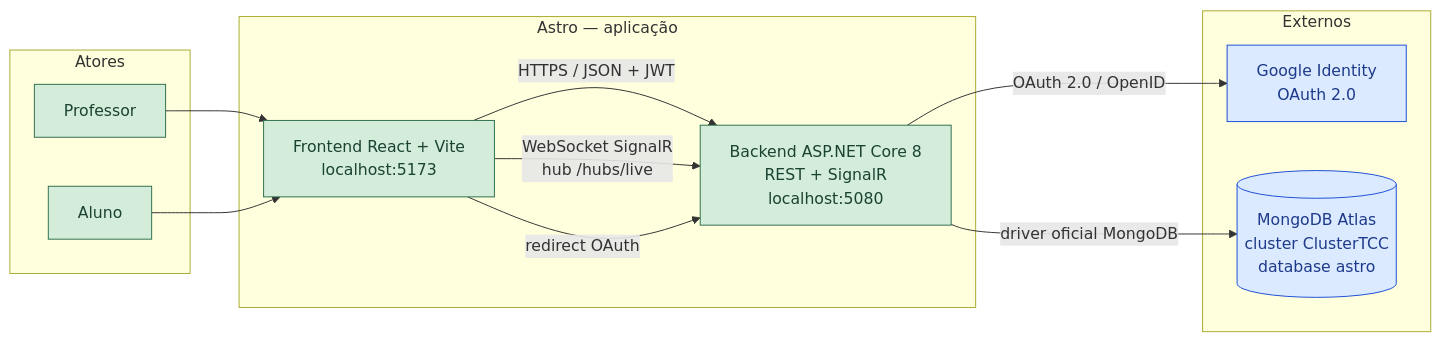
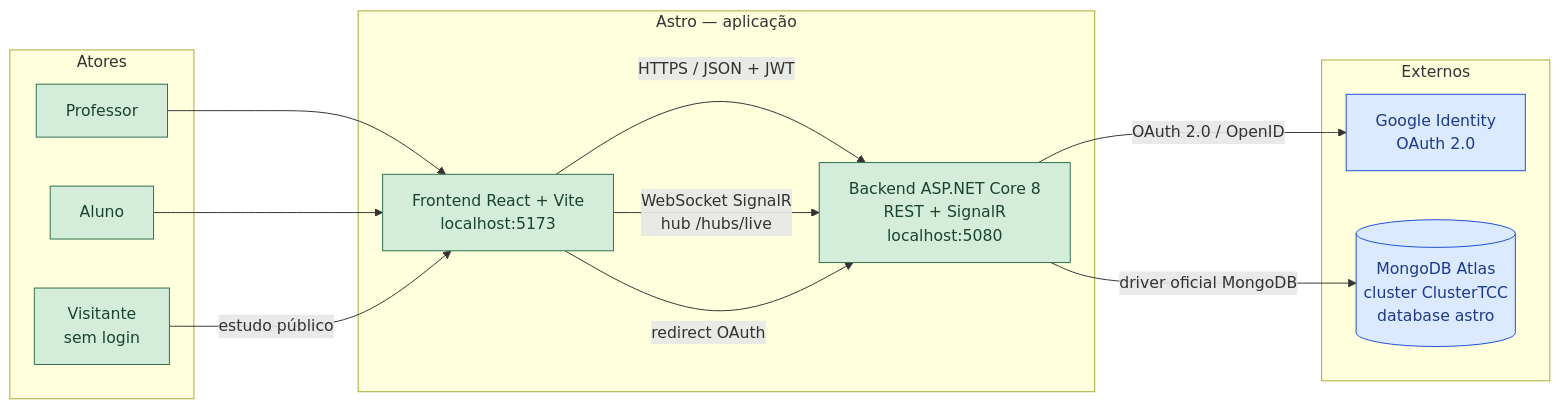
The first of 9 diagrams in docs/diagrama-arquitetura.md (brenorosa10/Projeto_TCC), drawn with Mermaid before and after one commit. The commit also changed other lines of this file and 31 other files, not shown here.

````diff
--- a/docs/diagrama-arquitetura.md
+++ b/docs/diagrama-arquitetura.md
@@ -17,30 +17,32 @@
 ```mermaid
 flowchart LR
   subgraph Atores
     P[Professor]
     AL[Aluno]
+    VIS[Visitante<br/>sem login]
   end
 
   subgraph Astro["Astro — aplicação"]
     FE["Frontend React + Vite<br/>localhost:5173"]
     API["Backend ASP.NET Core 8<br/>REST + SignalR<br/>localhost:5080"]
   end
 
   subgraph Externos
     G["Google Identity<br/>OAuth 2.0"]
     DB[("MongoDB Atlas<br/>cluster ClusterTCC<br/>database astro")]
   end
 
   P --> FE
   AL --> FE
+  VIS -->|"estudo público"| FE
   FE -->|"HTTPS / JSON + JWT"| API
   FE -->|"WebSocket SignalR<br/>hub /hubs/live"| API
   FE -->|"redirect OAuth"| API
   API -->|"OAuth 2.0 / OpenID"| G
   API -->|"driver oficial MongoDB"| DB
 
   classDef atual fill:#d4edda,stroke:#2f6f4e,color:#1b4332
   classDef externo fill:#dbeafe,stroke:#1d4ed8,color:#1e3a8a
-  class P,AL,FE,API,G,DB atual
+  class P,AL,VIS,FE,API atual
   class G,DB externo
 ```
````
